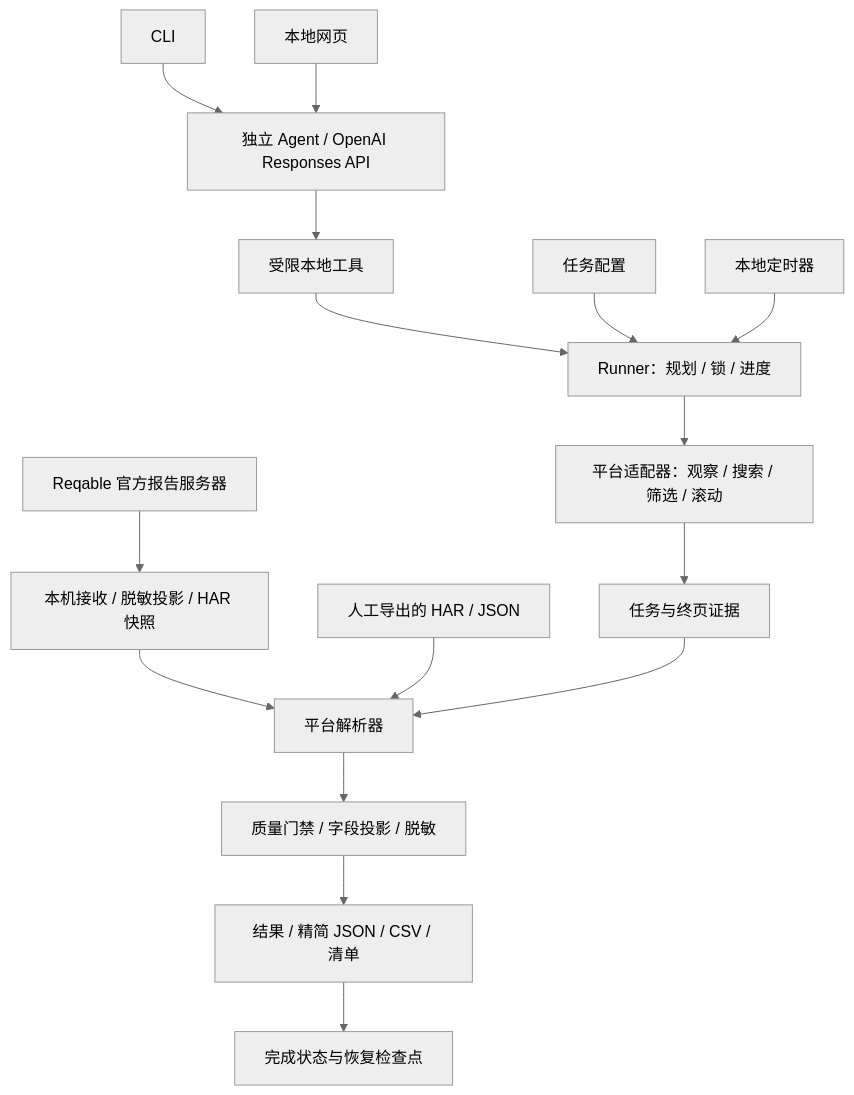
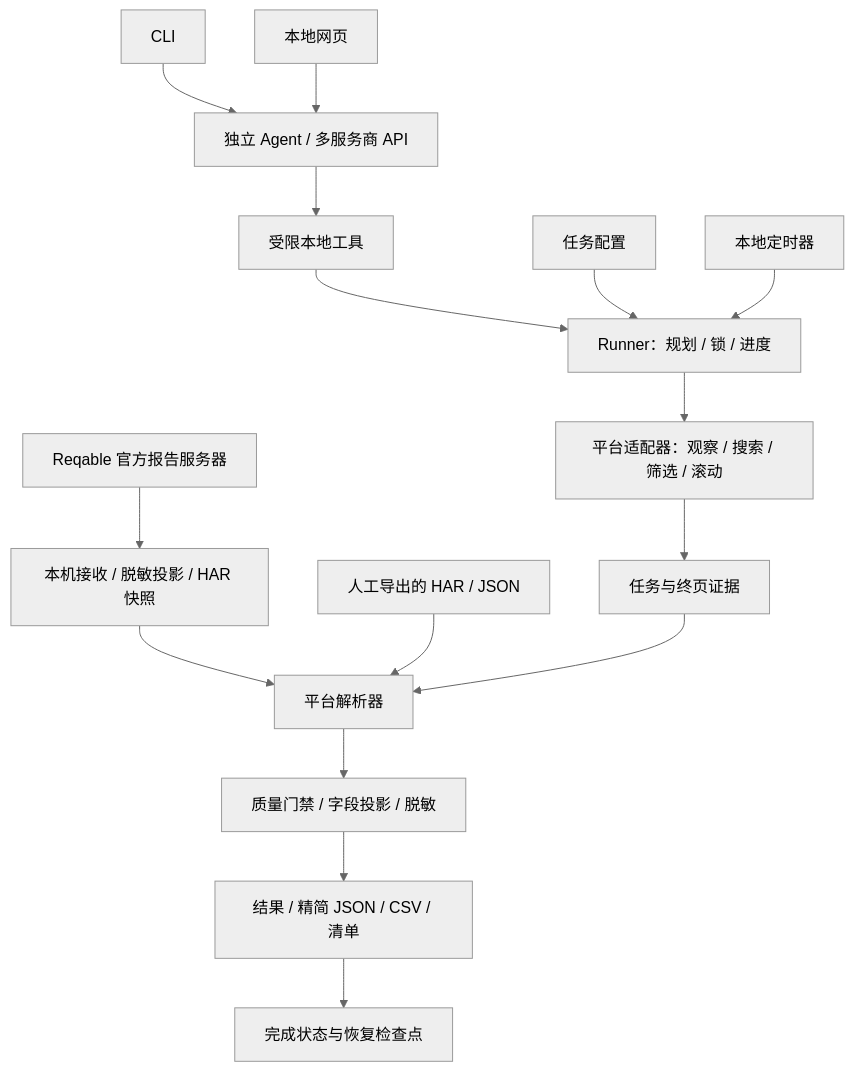
The first of 2 diagrams in README.md (cloudcollection/groupbuy-agent), drawn with Mermaid (neutral theme) before and after one commit. The commit also changed other lines of this file and 20 other files, not shown here.

````diff
--- a/README.md
+++ b/README.md
@@ -64,18 +82,18 @@
 ```mermaid
 flowchart TD
-    CLI[CLI] --> A[独立 Agent / OpenAI Responses API]
+    CLI[CLI] --> A[独立 Agent / 多服务商 API]
     WEB[本地网页] --> A
     A --> F[受限本地工具]
     F --> R
     C[任务配置] --> R[Runner：规划 / 锁 / 进度]
     R --> U[平台适配器：观察 / 搜索 / 筛选 / 滚动]
     U --> E[任务与终页证据]
     REPORT[Reqable 官方报告服务器] --> CAP[本机接收 / 脱敏投影 / HAR 快照]
     CAP --> P[平台解析器]
     L[人工导出的 HAR / JSON] --> P
     E --> P
     P --> Q[质量门禁 / 字段投影 / 脱敏]
     Q --> X[结果 / 精简 JSON / CSV / 清单]
     X --> S[完成状态与恢复检查点]
     T[本地定时器] --> R
 ```
````
